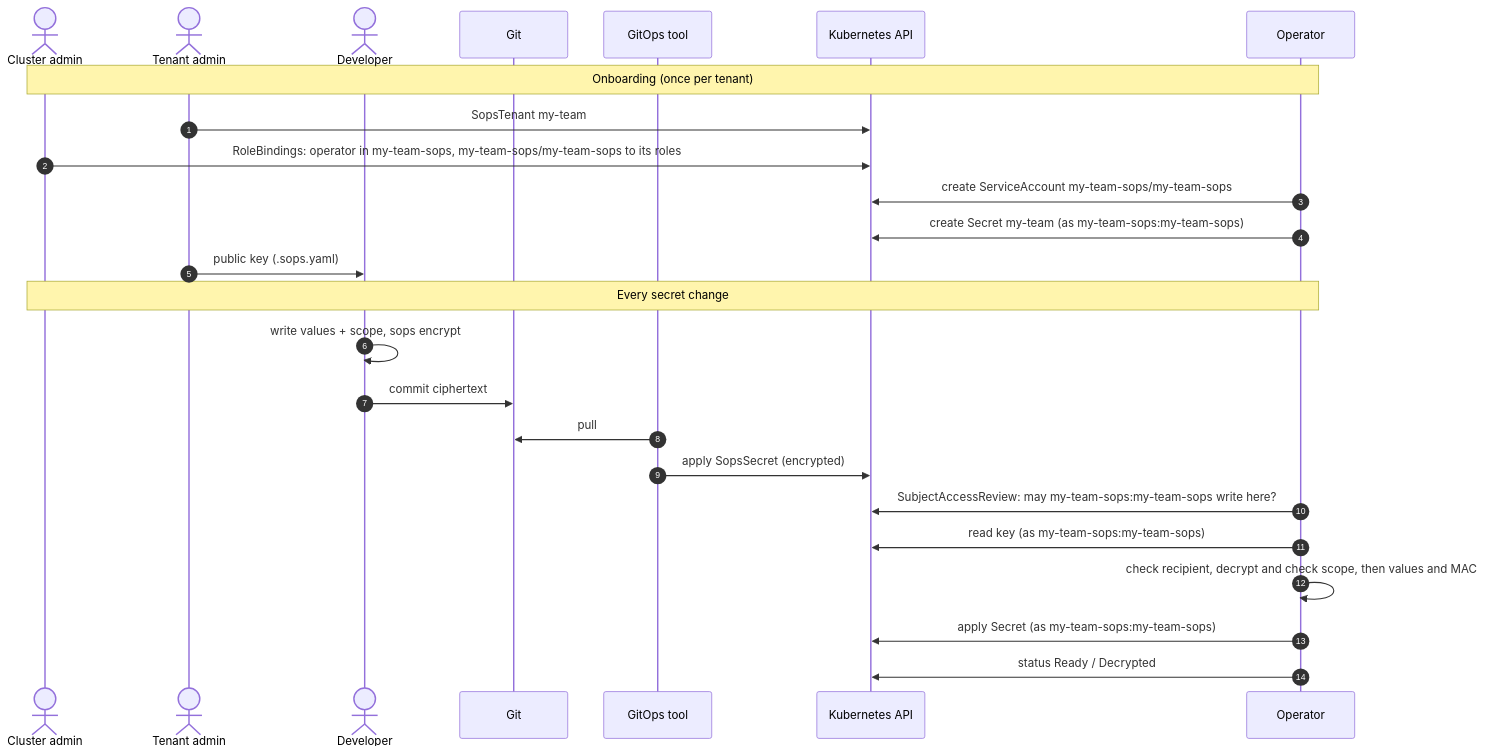
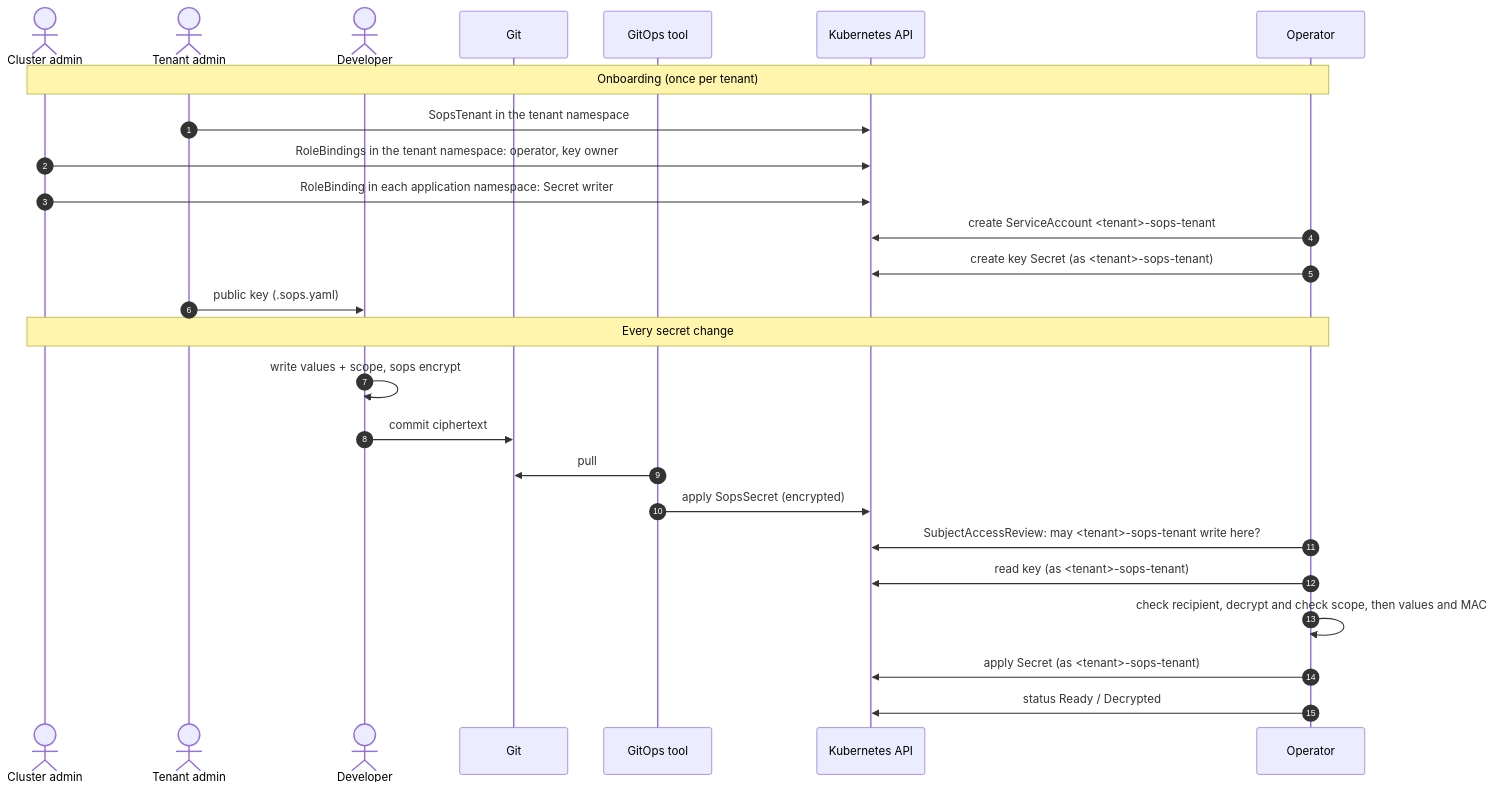
Before and after one commit to stakater/sops-operator: the second of 3 diagrams in DESIGN.md, drawn with Mermaid. The commit also changed other lines of this file and 14 other files, not shown here.

First line of the commit message:
Release v0.0.3: <tenant>-sops-tenant ServiceAccounts, clearer onboarding (#6)

````diff
--- a/DESIGN.md
+++ b/DESIGN.md
@@ -184,29 +183,30 @@
 ```mermaid
 sequenceDiagram
     autonumber
     actor CA as Cluster admin
     actor TA as Tenant admin
     actor DEV as Developer
     participant GIT as Git
     participant GO as GitOps tool
     participant API as Kubernetes API
     participant OP as Operator
 
     Note over CA,OP: Onboarding (once per tenant)
-    TA->>API: SopsTenant my-team
-    CA->>API: RoleBindings: operator in my-team-sops, my-team-sops/my-team-sops to its roles
-    OP->>API: create ServiceAccount my-team-sops/my-team-sops
-    OP->>API: create Secret my-team (as my-team-sops:my-team-sops)
+    TA->>API: SopsTenant in the tenant namespace
+    CA->>API: RoleBindings in the tenant namespace: operator, key owner
+    CA->>API: RoleBinding in each application namespace: Secret writer
+    OP->>API: create ServiceAccount #lt;tenant#gt;-sops-tenant
+    OP->>API: create key Secret (as #lt;tenant#gt;-sops-tenant)
     TA->>DEV: public key (.sops.yaml)
 
     Note over CA,OP: Every secret change
     DEV->>DEV: write values + scope, sops encrypt
     DEV->>GIT: commit ciphertext
     GO->>GIT: pull
     GO->>API: apply SopsSecret (encrypted)
-    OP->>API: SubjectAccessReview: may my-team-sops:my-team-sops write here?
-    OP->>API: read key (as my-team-sops:my-team-sops)
+    OP->>API: SubjectAccessReview: may #lt;tenant#gt;-sops-tenant write here?
+    OP->>API: read key (as #lt;tenant#gt;-sops-tenant)
     OP->>OP: check recipient, decrypt and check scope, then values and MAC
-    OP->>API: apply Secret (as my-team-sops:my-team-sops)
+    OP->>API: apply Secret (as #lt;tenant#gt;-sops-tenant)
     OP->>API: status Ready / Decrypted
 ```
````
